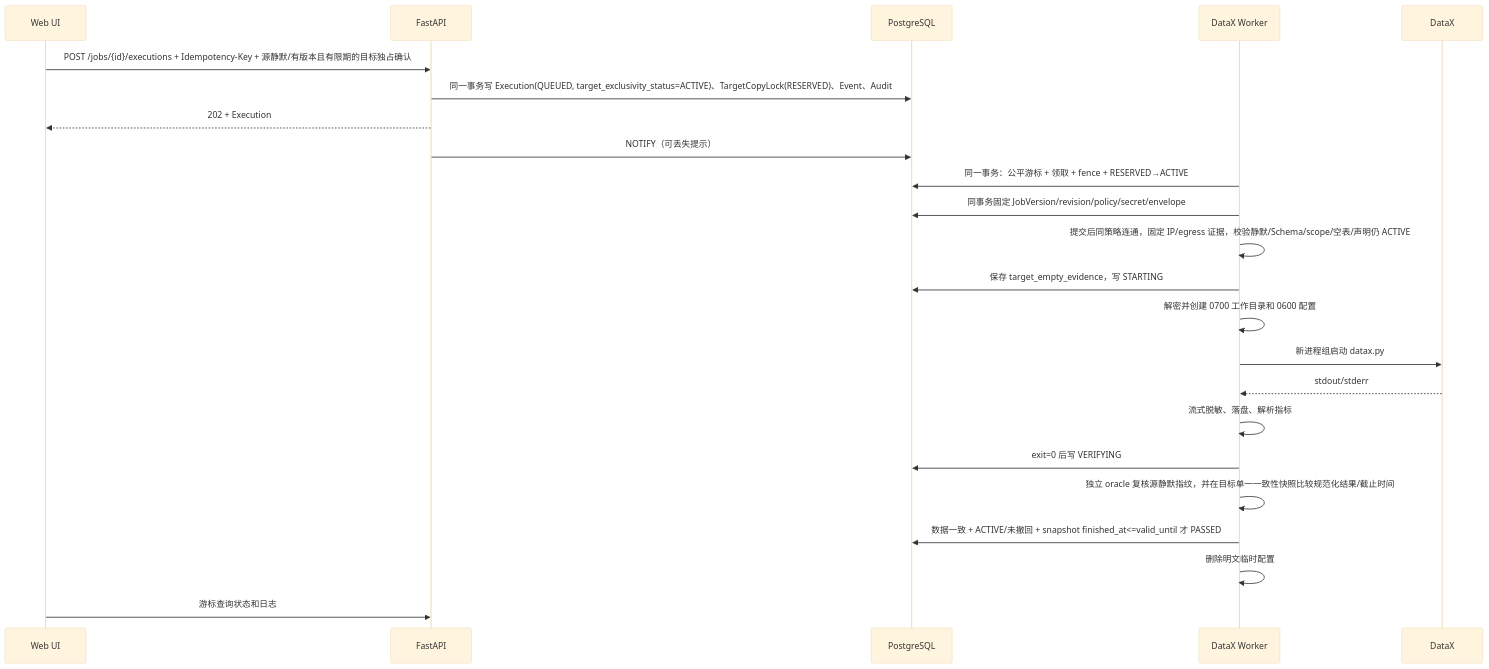
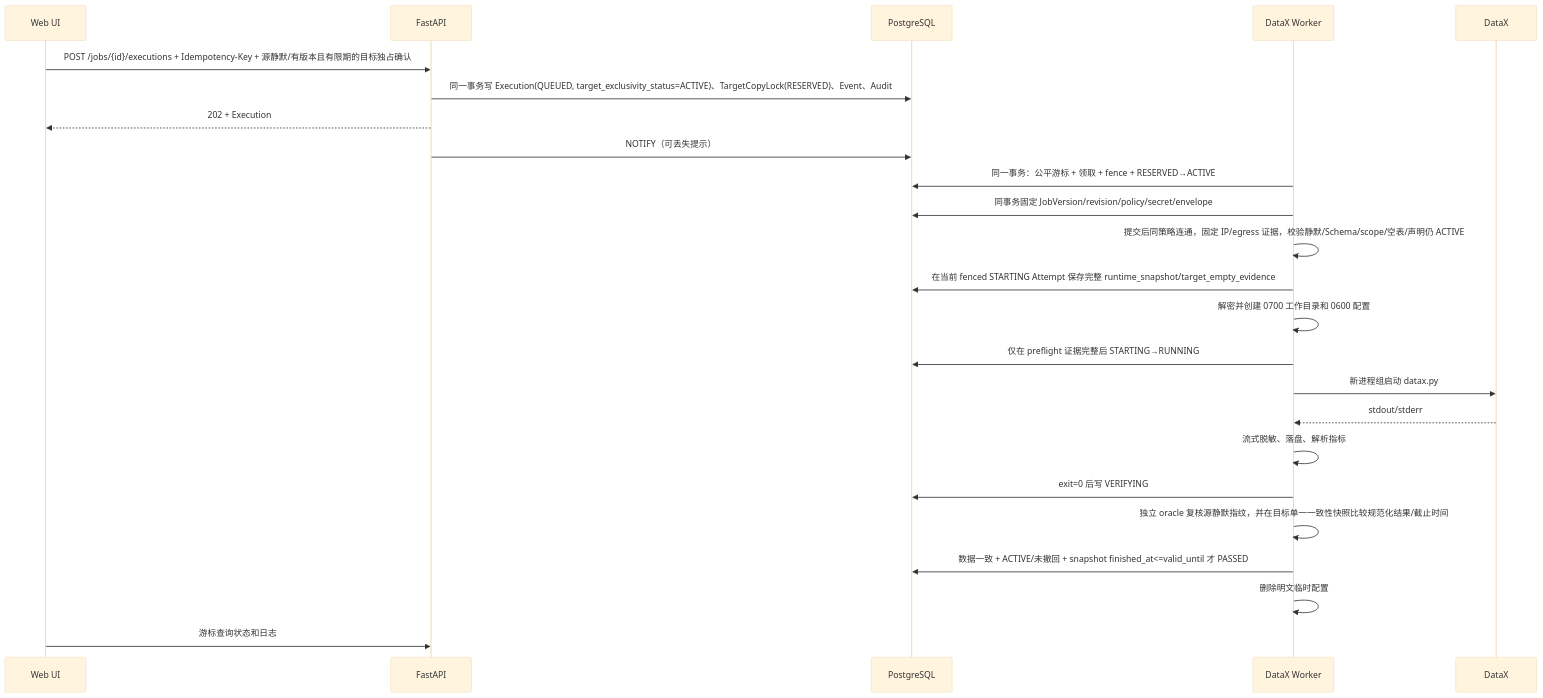
One commit to xiaoli2hust/datax changed the second of 3 diagrams in docs/03_技术架构设计.md. Above: the diagram before and after it, drawn with Mermaid (base theme). The commit also changed other lines of this file and 1622 other files, not shown here.

````diff
--- a/docs/03_技术架构设计.md
+++ b/docs/03_技术架构设计.md
@@ -189,26 +312,27 @@
 ```mermaid
 sequenceDiagram
     participant UI as Web UI
     participant API as FastAPI
     participant DB as PostgreSQL
     participant W as DataX Worker
     participant DX as DataX
 
     UI->>API: POST /jobs/{id}/executions + Idempotency-Key + 源静默/有版本且有限期的目标独占确认
     API->>DB: 同一事务写 Execution(QUEUED, target_exclusivity_status=ACTIVE)、TargetCopyLock(RESERVED)、Event、Audit
     API-->>UI: 202 + Execution
     API->>DB: NOTIFY（可丢失提示）
     W->>DB: 同一事务：公平游标 + 领取 + fence + RESERVED→ACTIVE
     W->>DB: 同事务固定 JobVersion/revision/policy/secret/envelope
     W->>W: 提交后同策略连通，固定 IP/egress 证据，校验静默/Schema/scope/空表/声明仍 ACTIVE
-    W->>DB: 保存 target_empty_evidence，写 STARTING
+    W->>DB: 在当前 fenced STARTING Attempt 保存完整 runtime_snapshot/target_empty_evidence
     W->>W: 解密并创建 0700 工作目录和 0600 配置
+    W->>DB: 仅在 preflight 证据完整后 STARTING→RUNNING
     W->>DX: 新进程组启动 datax.py
     DX-->>W: stdout/stderr
     W->>W: 流式脱敏、落盘、解析指标
     W->>DB: exit=0 后写 VERIFYING
     W->>W: 独立 oracle 复核源静默指纹，并在目标单一一致性快照比较规范化结果/截止时间
     W->>DB: 数据一致 + ACTIVE/未撤回 + snapshot finished_at<=valid_until 才 PASSED
     W->>W: 删除明文临时配置
     UI->>API: 游标查询状态和日志
 ```
````
